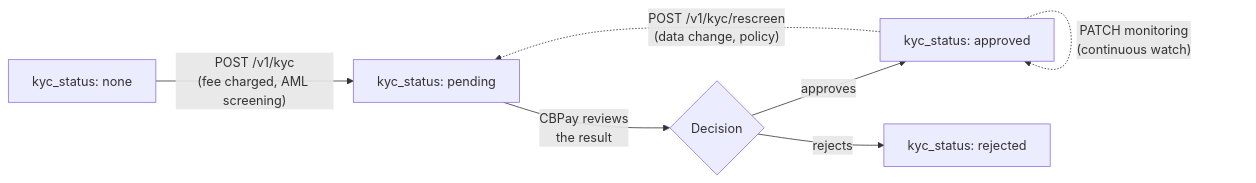
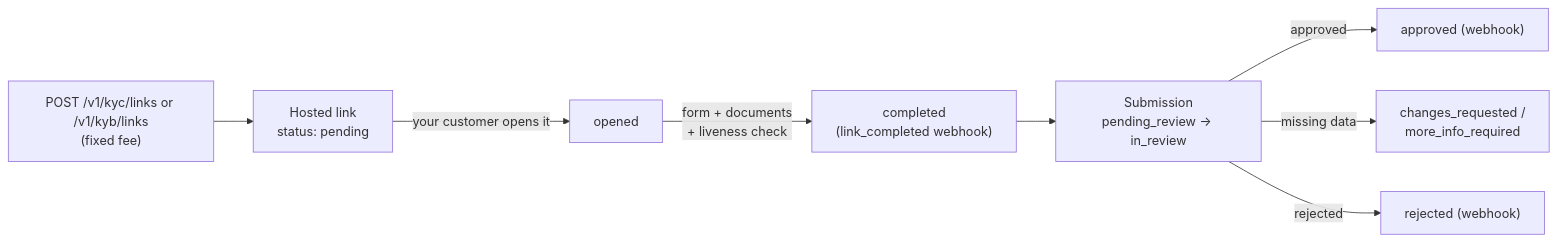
Before and after one commit to SaturoS17/docs: the diagram in en/guides/kyc.mdx, drawn with Mermaid. The commit also changed other lines of this file and 24 other files, not shown here.

Commit message:
KYC/KYB identity verification + AML screening rename (v1.34)

````diff
--- a/en/guides/kyc.mdx
+++ b/en/guides/kyc.mdx
@@ -13,9 +18,10 @@
 ```mermaid
 flowchart LR
-    none["kyc_status: none"] -->|"POST /v1/kyc<br/>(fee charged, AML screening)"| pending["kyc_status: pending"]
-    pending -->|"CBPay reviews<br/>the result"| decision{"Decision"}
-    decision -->|"approves"| approved["kyc_status: approved"]
-    decision -->|"rejects"| rejected["kyc_status: rejected"]
-    approved -.->|"POST /v1/kyc/rescreen<br/>(data change, policy)"| pending
-    approved -.->|"PATCH monitoring<br/>(continuous watch)"| approved
+    create["POST /v1/kyc/links or /v1/kyb/links<br/>(fixed fee)"] --> link["Hosted link<br/>status: pending"]
+    link -->|"your customer opens it"| opened["opened"]
+    opened -->|"form + documents<br/>+ liveness check"| completed["completed<br/>(link_completed webhook)"]
+    completed --> review["Submission<br/>pending_review → in_review"]
+    review -->|"approved"| ok["approved (webhook)"]
+    review -->|"missing data"| changes["changes_requested /<br/>more_info_required"]
+    review -->|"rejected"| rejectedNode["rejected (webhook)"]
 ```
````
